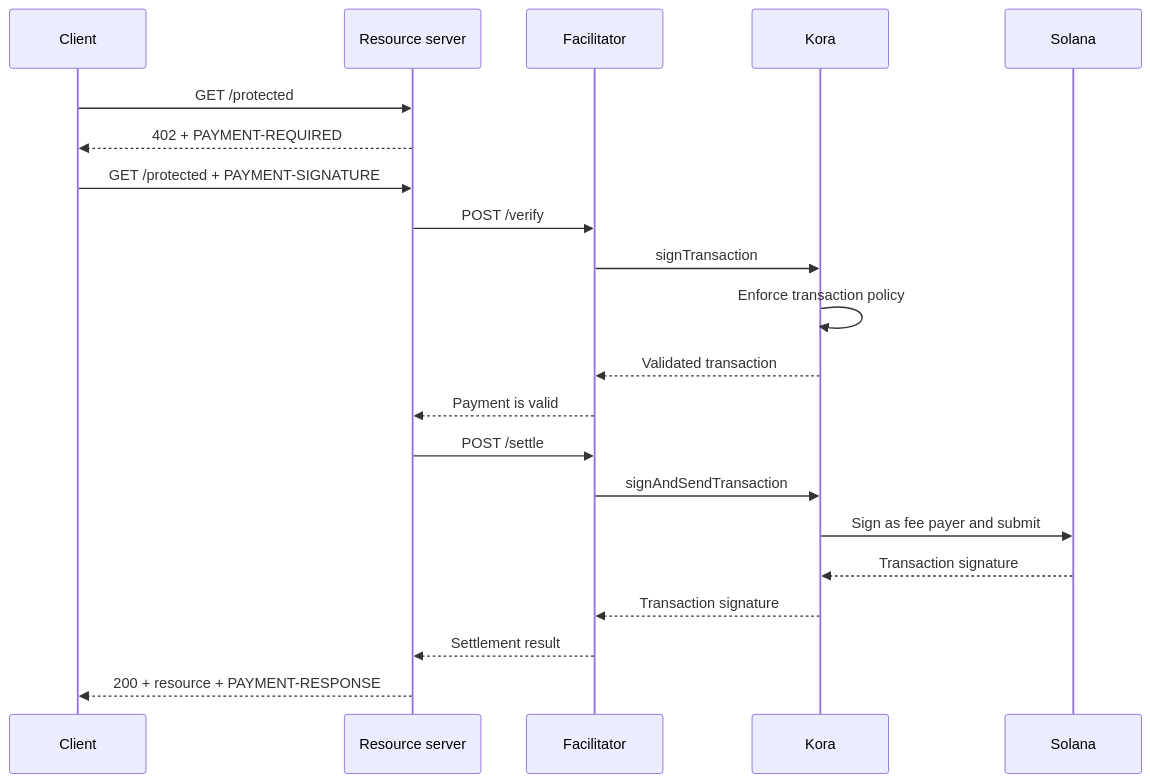
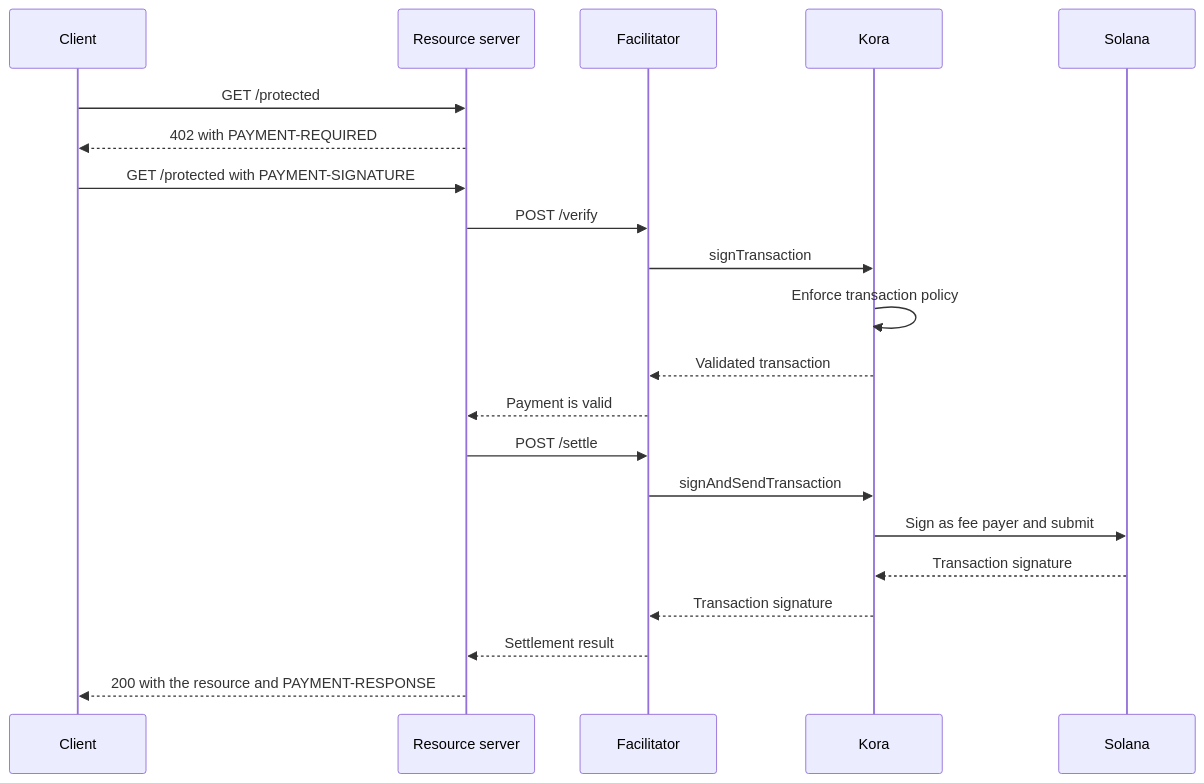
The diagram in apps/docs/docs/tools/kora/guides/x402.mdx (catmcgee/solana-com), drawn with Mermaid before and after one commit. The commit also changed other lines of this file and 798 other files, not shown here.

First line of the commit message:
docs: redesign diagrams, make demos run like real executions, reuse the real solana.com header, new Build dropdown

````diff
--- a/apps/docs/docs/tools/kora/guides/x402.mdx
+++ b/apps/docs/docs/tools/kora/guides/x402.mdx
@@ -19,23 +19,23 @@
 ```mermaid
 sequenceDiagram
     participant Client
     participant API as Resource server
     participant Facilitator
     participant Kora
     participant Solana
     Client->>API: GET /protected
-    API-->>Client: 402 + PAYMENT-REQUIRED
-    Client->>API: GET /protected + PAYMENT-SIGNATURE
+    API-->>Client: 402 with PAYMENT-REQUIRED
+    Client->>API: GET /protected with PAYMENT-SIGNATURE
     API->>Facilitator: POST /verify
     Facilitator->>Kora: signTransaction
     Kora->>Kora: Enforce transaction policy
     Kora-->>Facilitator: Validated transaction
     Facilitator-->>API: Payment is valid
     API->>Facilitator: POST /settle
     Facilitator->>Kora: signAndSendTransaction
     Kora->>Solana: Sign as fee payer and submit
     Solana-->>Kora: Transaction signature
     Kora-->>Facilitator: Transaction signature
     Facilitator-->>API: Settlement result
-    API-->>Client: 200 + resource + PAYMENT-RESPONSE
+    API-->>Client: 200 with the resource and PAYMENT-RESPONSE
 ```
````
